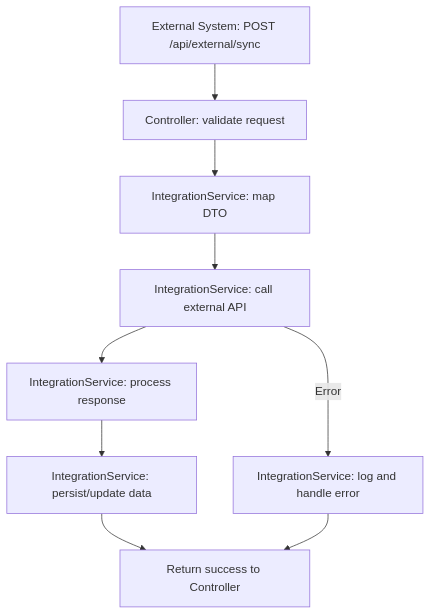
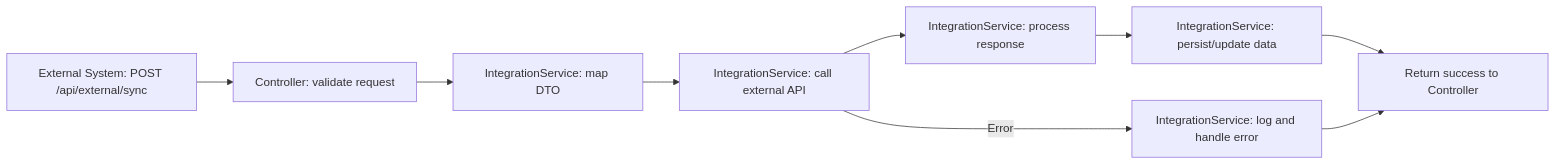
One commit to vx-daniel/tb-ai-docs changed the fourth of 8 diagrams in spec/spec-architecture-blueprint.md. Above: the diagram before and after it, drawn with Mermaid. The commit also changed other lines of this file, not shown here.

````diff
--- a/spec/spec-architecture-blueprint.md
+++ b/spec/spec-architecture-blueprint.md
@@ -502,11 +502,11 @@
 ```mermaid
-flowchart TD
+flowchart LR
     A[External System: POST /api/external/sync] --> B[Controller: validate request]
     B --> C[IntegrationService: map DTO]
     C --> D[IntegrationService: call external API]
     D --> E[IntegrationService: process response]
     E --> F[IntegrationService: persist/update data]
     F --> G[Return success to Controller]
-    D -->|Error| H[IntegrationService: log and handle error]
+    D -- Error --> H[IntegrationService: log and handle error]
     H --> G
 ```
````
